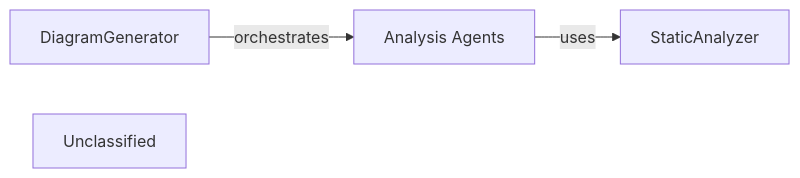
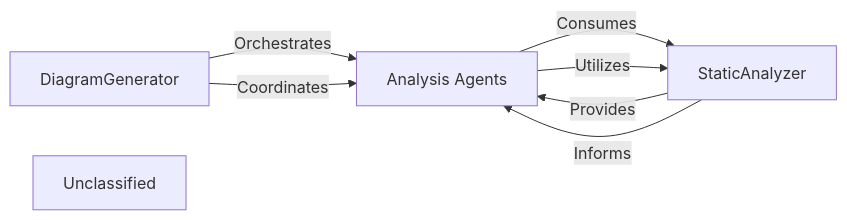
One commit to CodeBoarding/CodeBoarding changed the diagram in .codeboarding/Diagram_Analysis_Renderer.md. Above: the diagram before and after it, drawn with Mermaid. The commit also changed other lines of this file and 19 other files, not shown here.

First line of the commit message:
docs: update codeboarding documentation and generate architecture

````diff
--- a/.codeboarding/Diagram_Analysis_Renderer.md
+++ b/.codeboarding/Diagram_Analysis_Renderer.md
@@ -1,9 +1,13 @@
 ```mermaid
 graph LR
     DiagramGenerator["DiagramGenerator"]
     Analysis_Agents["Analysis Agents"]
     StaticAnalyzer["StaticAnalyzer"]
     Unclassified["Unclassified"]
-    DiagramGenerator -- "orchestrates" --> Analysis_Agents
-    Analysis_Agents -- "uses" --> StaticAnalyzer
+    DiagramGenerator -- "Orchestrates" --> Analysis_Agents
+    DiagramGenerator -- "Coordinates" --> Analysis_Agents
+    Analysis_Agents -- "Consumes" --> StaticAnalyzer
+    Analysis_Agents -- "Utilizes" --> StaticAnalyzer
+    StaticAnalyzer -- "Provides" --> Analysis_Agents
+    StaticAnalyzer -- "Informs" --> Analysis_Agents
 ```
````
